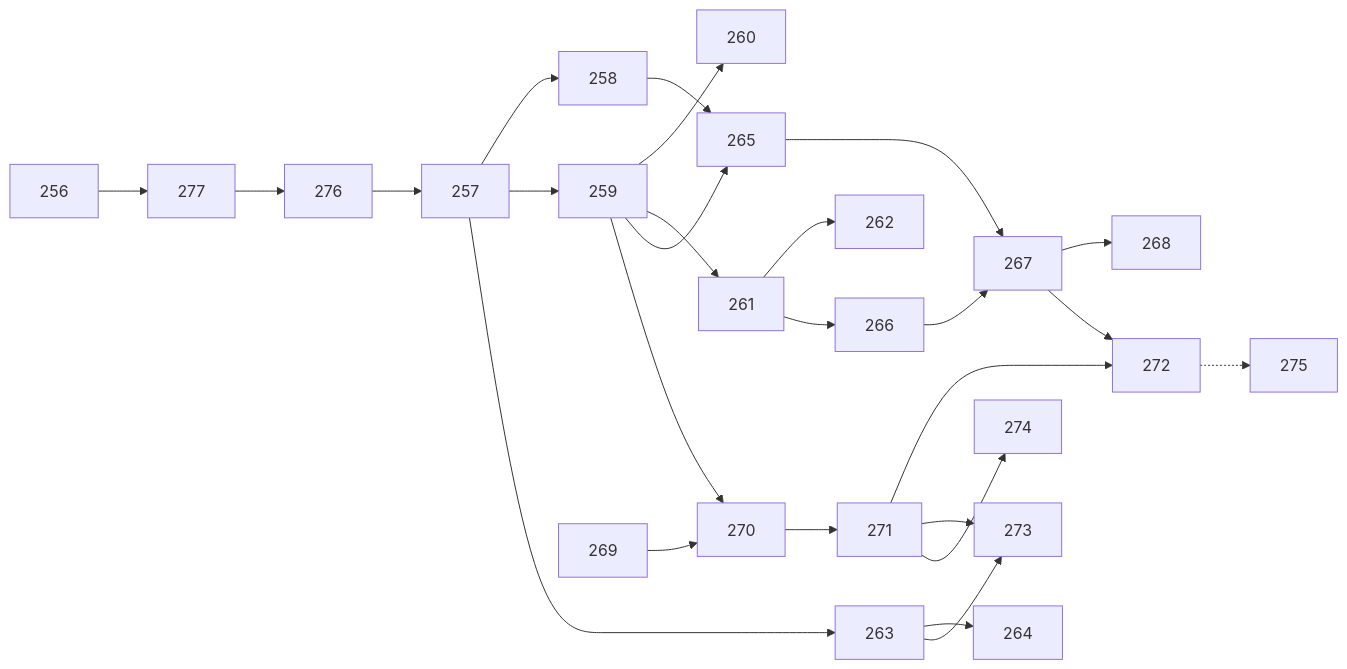
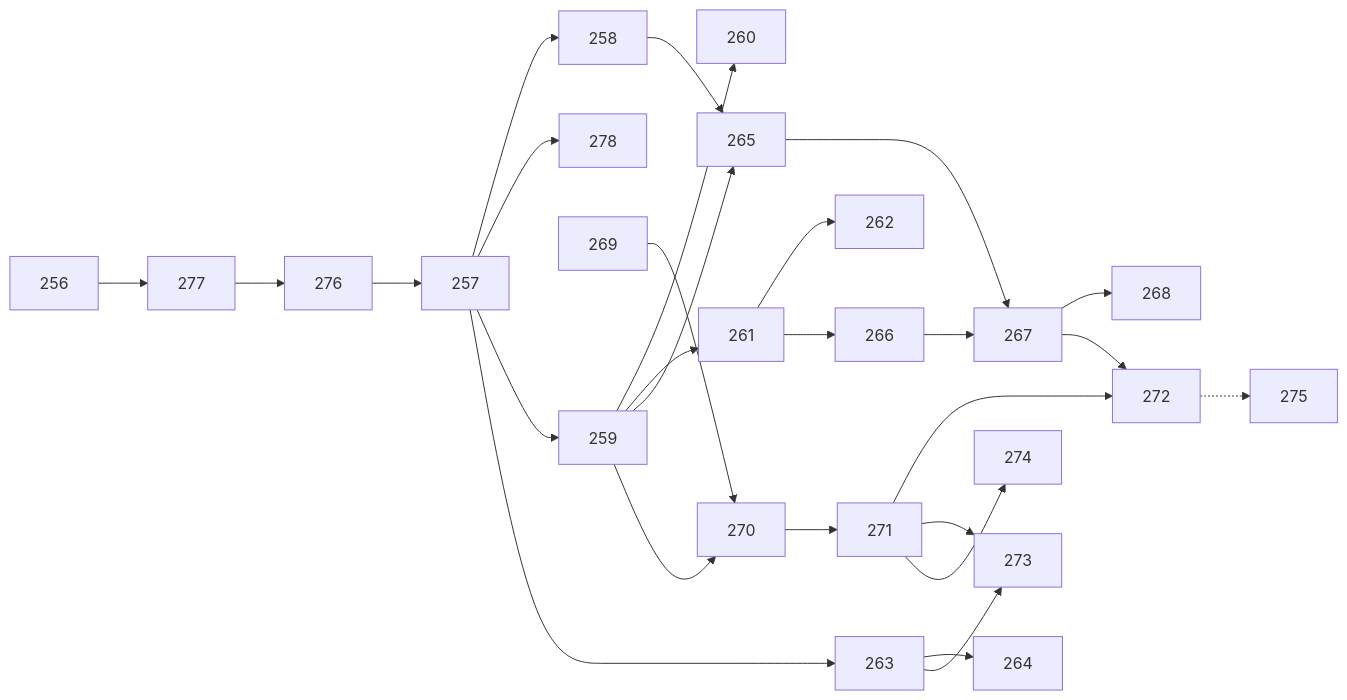
The second of 2 diagrams in docs/EPIC - COMPAGNON CONVERSATIONNEL/CADRAGE_COMPAGNON_ACTIF.md (eremyperso/assistant-potager), drawn with Mermaid before and after one commit. The commit also changed other lines of this file and 101 other files, not shown here.

````diff
--- a/docs/EPIC - COMPAGNON CONVERSATIONNEL/CADRAGE_COMPAGNON_ACTIF.md
+++ b/docs/EPIC - COMPAGNON CONVERSATIONNEL/CADRAGE_COMPAGNON_ACTIF.md
@@ -632,18 +635,19 @@
 ```mermaid
 flowchart LR
     256 --> 277 --> 276 --> 257 --> 258
+    257 --> 278
     257 --> 259 --> 260
     259 --> 261 --> 262
     257 --> 263 --> 264
     258 --> 265
     259 --> 265
     261 --> 266 --> 267 --> 268
     265 --> 267
     269 --> 270 --> 271 --> 272
     259 --> 270
     267 --> 272
     263 --> 273
     271 --> 273
     271 --> 274
     272 -.-> 275
 ```
````
